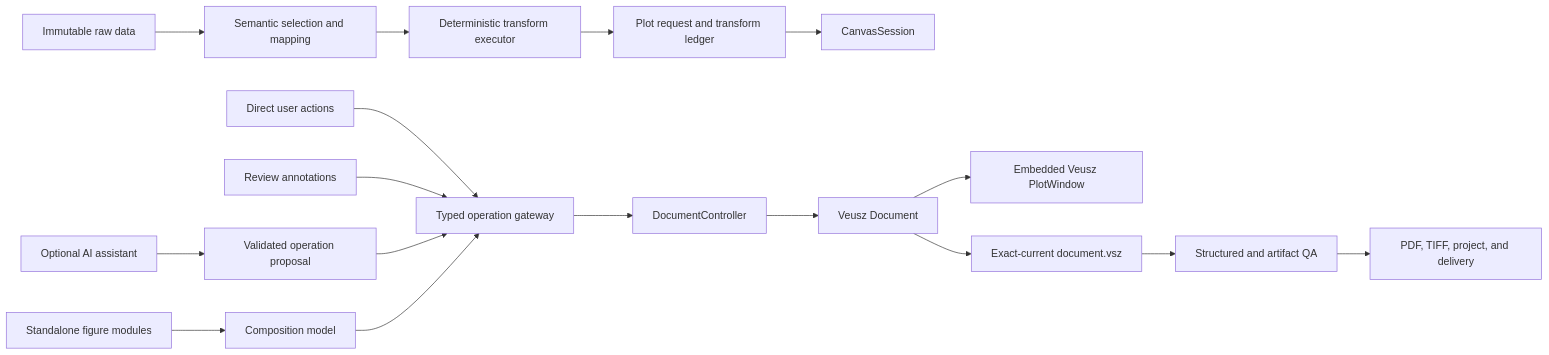
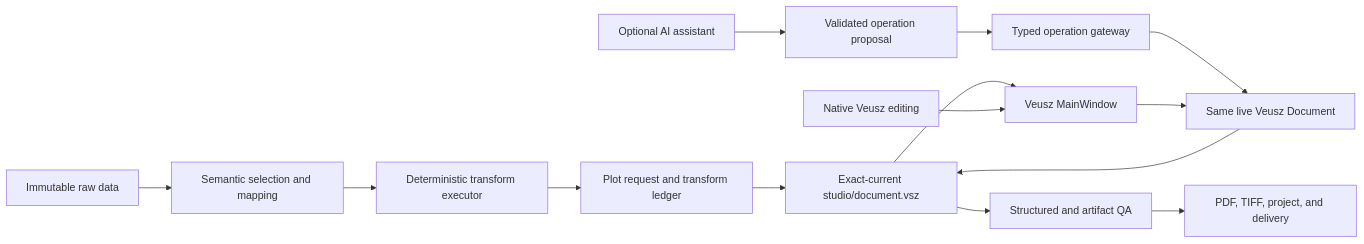
Before and after one commit to tunghsutian-creator/Science-Plot: the diagram in DEVELOPMENT_ROADMAP.md, drawn with Mermaid. The commit also changed other lines of this file and 9 other files, not shown here.

````diff
--- a/DEVELOPMENT_ROADMAP.md
+++ b/DEVELOPMENT_ROADMAP.md
@@ -431,23 +437,19 @@
 ```mermaid
 flowchart LR
     RAW["Immutable raw data"] --> SEM["Semantic selection and mapping"]
     SEM --> TRANSFORM["Deterministic transform executor"]
     TRANSFORM --> REQUEST["Plot request and transform ledger"]
-    REQUEST --> SESSION["CanvasSession"]
+    REQUEST --> VSZ["Exact-current studio/document.vsz"]
+    VSZ --> MAIN["Veusz MainWindow"]
 
-    USER["Direct user actions"] --> OPS["Typed operation gateway"]
-    NOTES["Review annotations"] --> OPS
+    USER["Native Veusz editing"] --> MAIN
     AI["Optional AI assistant"] --> PROPOSAL["Validated operation proposal"]
     PROPOSAL --> OPS
 
-    OPS --> CONTROL["DocumentController"]
-    CONTROL --> DOC["Veusz Document"]
-    DOC --> VIEW["Embedded Veusz PlotWindow"]
-    DOC --> VSZ["Exact-current document.vsz"]
+    OPS["Typed operation gateway"] --> DOC["Same live Veusz Document"]
+    MAIN --> DOC
+    DOC --> VSZ
 
     VSZ --> QA["Structured and artifact QA"]
     QA --> DELIVERY["PDF, TIFF, project, and delivery"]
-
-    MODULES["Standalone figure modules"] --> COMPOSE["Composition model"]
-    COMPOSE --> OPS
 ```
````
